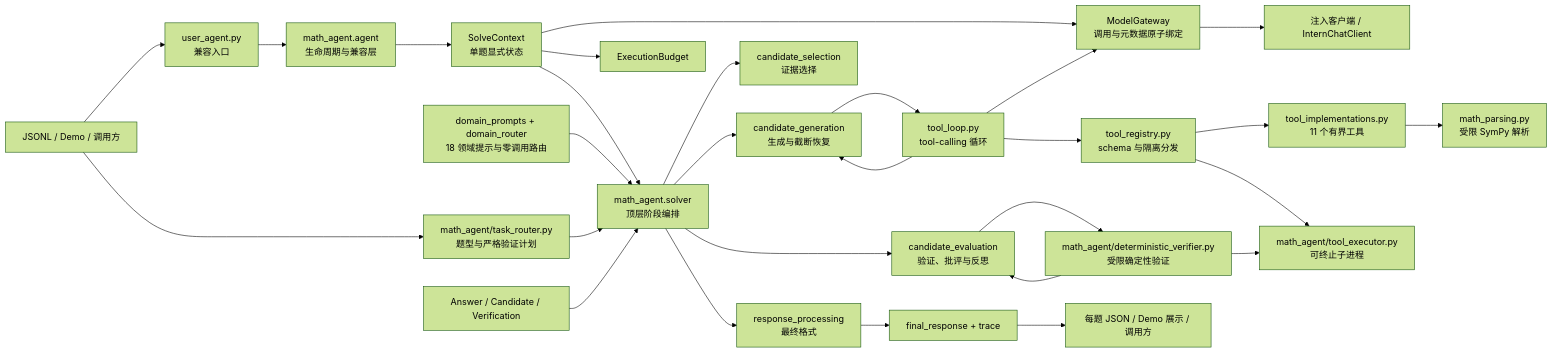
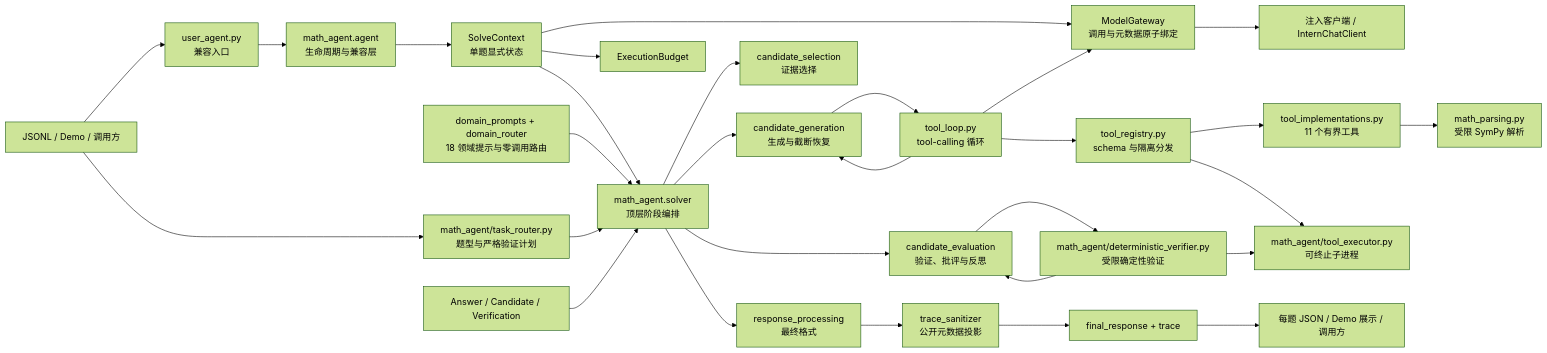
One commit to huangchen725/math_agent changed the diagram in ARCHITECTURE.md. Above: the diagram before and after it, drawn with Mermaid (forest theme). The commit also changed other lines of this file and 28 other files, not shown here.

````diff
--- a/ARCHITECTURE.md
+++ b/ARCHITECTURE.md
@@ -29,30 +29,31 @@
 ```mermaid
 flowchart LR
     I[JSONL / Demo / 调用方] --> F[user_agent.py<br/>兼容入口]
     F --> A[math_agent.agent<br/>生命周期与兼容层]
     A --> X[SolveContext<br/>单题显式状态]
     X --> S[math_agent.solver<br/>顶层阶段编排]
     S --> N[candidate_generation<br/>生成与截断恢复]
     S --> V[candidate_evaluation<br/>验证、批评与反思]
     S --> L[candidate_selection<br/>证据选择]
     S --> O[response_processing<br/>最终格式]
     X --> G[ModelGateway<br/>调用与元数据原子绑定]
     G --> C[注入客户端 / InternChatClient]
     D[domain_prompts + domain_router<br/>18 领域提示与零调用路由] --> S
     I --> Q[math_agent/task_router.py<br/>题型与严格验证计划]
     Q --> S
     X --> B[ExecutionBudget]
     N --> TL[tool_loop.py<br/>tool-calling 循环]
     TL --> G
     TL --> TR[tool_registry.py<br/>schema 与隔离分发]
     TR --> TI[tool_implementations.py<br/>11 个有界工具]
     TI --> MP[math_parsing.py<br/>受限 SymPy 解析]
     TR --> P[math_agent/tool_executor.py<br/>可终止子进程]
     TL --> N
     V --> DV[math_agent/deterministic_verifier.py<br/>受限确定性验证]
     DV --> P
     DV --> V
     E[Answer / Candidate / Verification] --> S
-    O --> R[final_response + trace]
+    O --> TS[trace_sanitizer<br/>公开元数据投影]
+    TS --> R[final_response + trace]
     R --> OUT[每题 JSON / Demo 展示 / 调用方]
 ```
````
